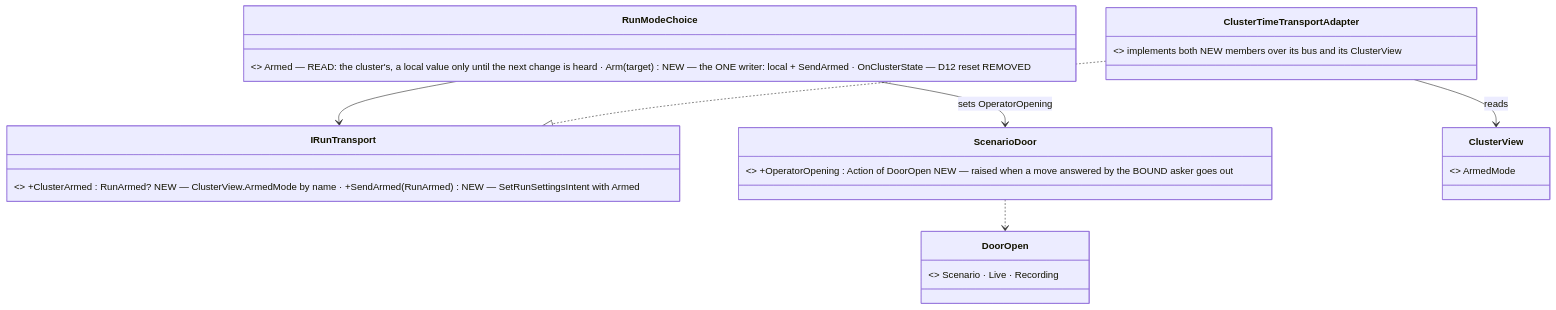
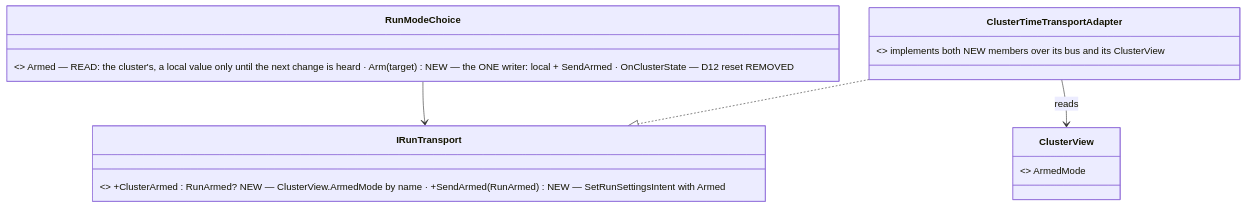
One commit to pjanec/HROT changed diagram 22 of 28 in docs/blueprints/Architect_Question_108_Run_Mode_Picker.md. Above: the diagram before and after it, drawn with Mermaid. The commit also changed other lines of this file and 4 other files, not shown here.

````diff
--- a/docs/blueprints/Architect_Question_108_Run_Mode_Picker.md
+++ b/docs/blueprints/Architect_Question_108_Run_Mode_Picker.md
@@ -1058,14 +1054,10 @@
 ```mermaid
 classDiagram
   class IRunTransport { <<existing>> +ClusterArmed : RunArmed? NEW — ClusterView.ArmedMode by name · +SendArmed(RunArmed) NEW — SetRunSettingsIntent with Armed }
   class ClusterTimeTransportAdapter { <<existing>> implements both NEW members over its bus and its ClusterView }
   class RunModeChoice { <<existing>> Armed — READ: the cluster's, a local value only until the next change is heard · Arm(target) NEW — the ONE writer: local + SendArmed · OnClusterState — D12 reset REMOVED }
-  class ScenarioDoor { <<existing>> +OperatorOpening : Action of DoorOpen NEW — raised when a move answered by the BOUND asker goes out }
-  class DoorOpen { <<NEW enum>> Scenario · Live · Recording }
   class ClusterView { <<existing, backend>> ArmedMode }
   RunModeChoice --> IRunTransport
   ClusterTimeTransportAdapter ..|> IRunTransport
   ClusterTimeTransportAdapter --> ClusterView : reads
-  RunModeChoice --> ScenarioDoor : sets OperatorOpening
-  ScenarioDoor ..> DoorOpen
 ```
````
